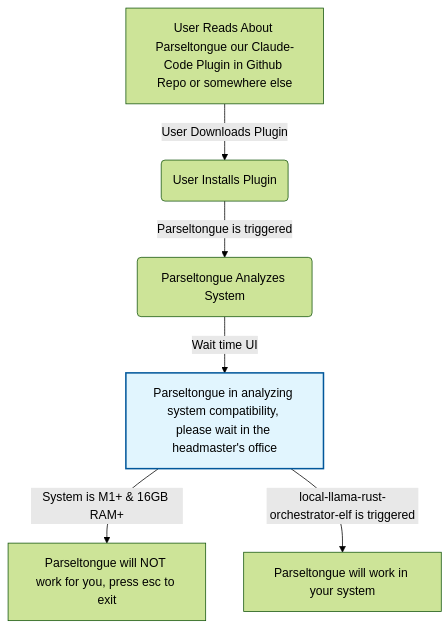
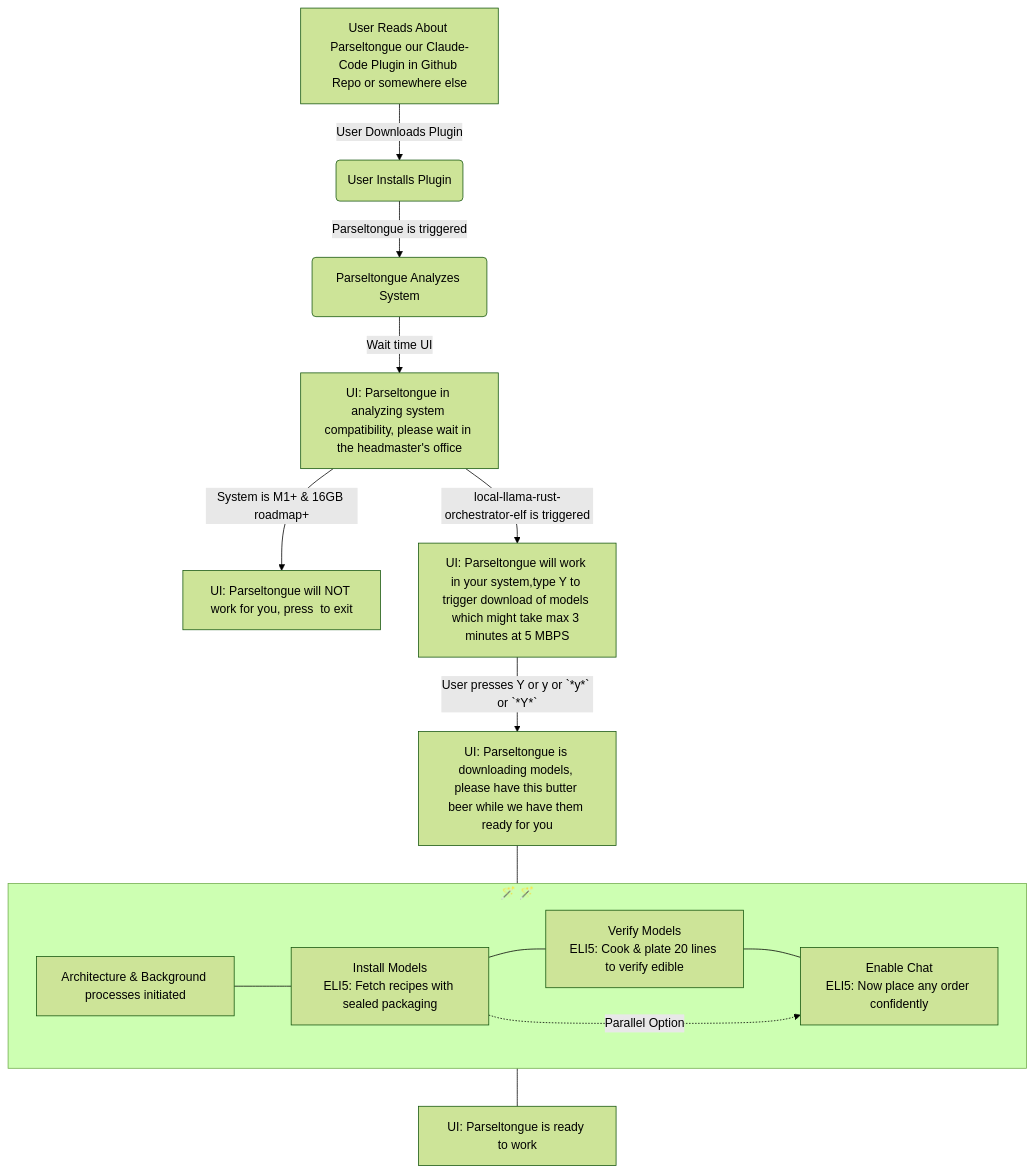
Before and after one commit to that-in-rust/transfiguration: the diagram in Insp11MVP/A01PyramidForMVP.md, drawn with Mermaid (forest theme). The commit also changed other lines of this file, not shown here.

Commit message:
our minimalist mermaid

````diff
--- a/Insp11MVP/A01PyramidForMVP.md
+++ b/Insp11MVP/A01PyramidForMVP.md
@@ -3,10 +3,19 @@
-``` mermaid
+```mermaid
 graph TD
     A[User Reads About Parseltongue our Claude-Code Plugin in Github Repo or somewhere else] -->|User Downloads Plugin| B(User Installs Plugin)
     B --> |Parseltongue is triggered| B1(Parseltongue Analyzes System)
-    B1 --> |Wait time UI| C["Parseltongue in analyzing system compatibility, please wait in the headmaster's office"]
-    C --> |System is M1+ & 16GB RAM+| D["Parseltongue will NOT work for you, press esc to exit"]
-    C --> |local-llama-rust-orchestrator-elf is triggered| E[Parseltongue will work in your system]
+    B1 --> |Wait time UI| C[UI: Parseltongue in analyzing system compatibility, please wait in the headmaster's office]
+    C --> |System is M1+ & 16GB roadmap+| D[UI: Parseltongue will NOT work for you, press <WIP> to exit]
+    C --> |local-llama-rust-orchestrator-elf is triggered| E[UI: Parseltongue will work in your system,type Y to trigger download of models which might take max 3 minutes at 5 MBPS]
+    E --> | User presses Y or y or `*y*` or `*Y*`| F[UI: Parseltongue is downloading models, please have this butter beer while we have them ready for you]
+    F --- F1[Architecture & Background processes initiated]
+    subgraph horizontal["🪄 🪄"]
+        direction LR
+        F1 --- Install["Install Models<br>ELI5: Fetch recipes with sealed packaging"]
+        Install --- Verify["Verify Models<br>ELI5: Cook & plate 20 lines to verify edible"]
+        Verify --- Chat["Enable Chat<br>ELI5: Now place any order confidently"]
+        Install -.->|Parallel Option| Chat
+    end
+    Chat --- F3[UI: Parseltongue is ready to work]
 
-    style C fill:#e1f5fe,stroke:#01579b,stroke-width:2px
 ```
````
